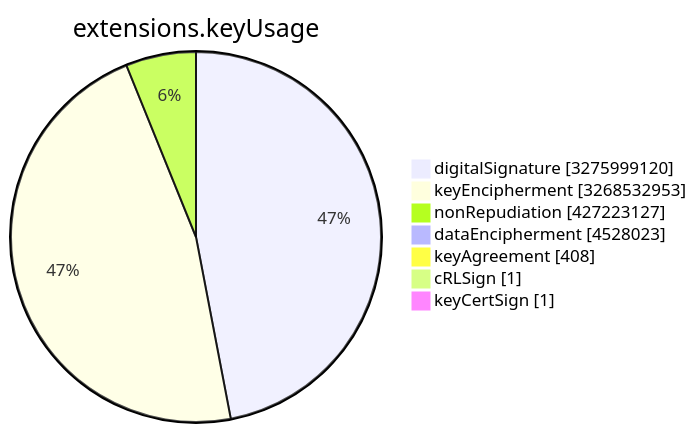
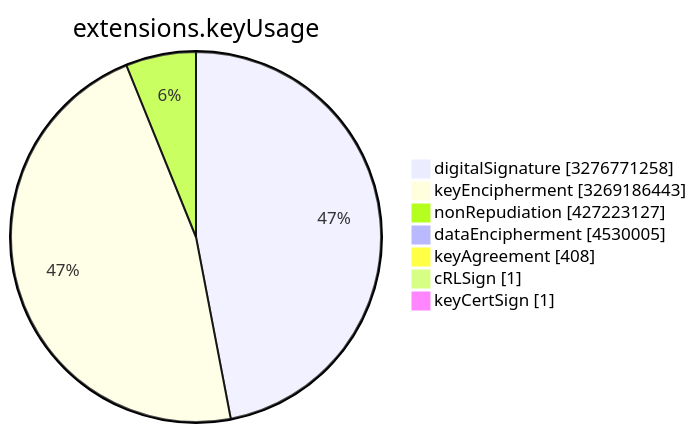
The sixth of 15 diagrams in TOTAL/README.md (christiankrug/ctmonitor_visualization), drawn with Mermaid before and after one commit. The commit also changed other lines of this file, not shown here.

````diff
--- a/TOTAL/README.md
+++ b/TOTAL/README.md
@@ -3078,11 +3078,11 @@
 ```mermaid
 pie showData
 title extensions.keyUsage
-"digitalSignature" :3275999120
-"keyEncipherment" :3268532953
+"digitalSignature" :3276771258
+"keyEncipherment" :3269186443
 "nonRepudiation" :427223127
-"dataEncipherment" :4528023
+"dataEncipherment" :4530005
 "keyAgreement" :408
 "cRLSign" :1
 "keyCertSign" :1
 ```
````
